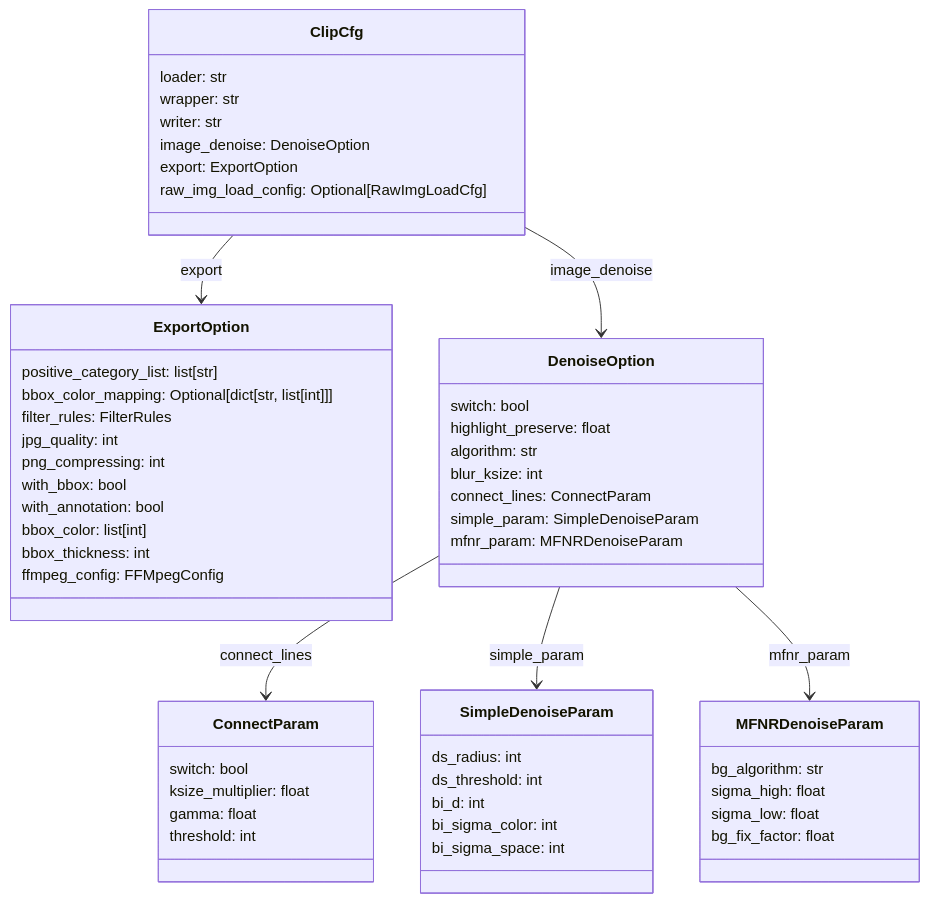
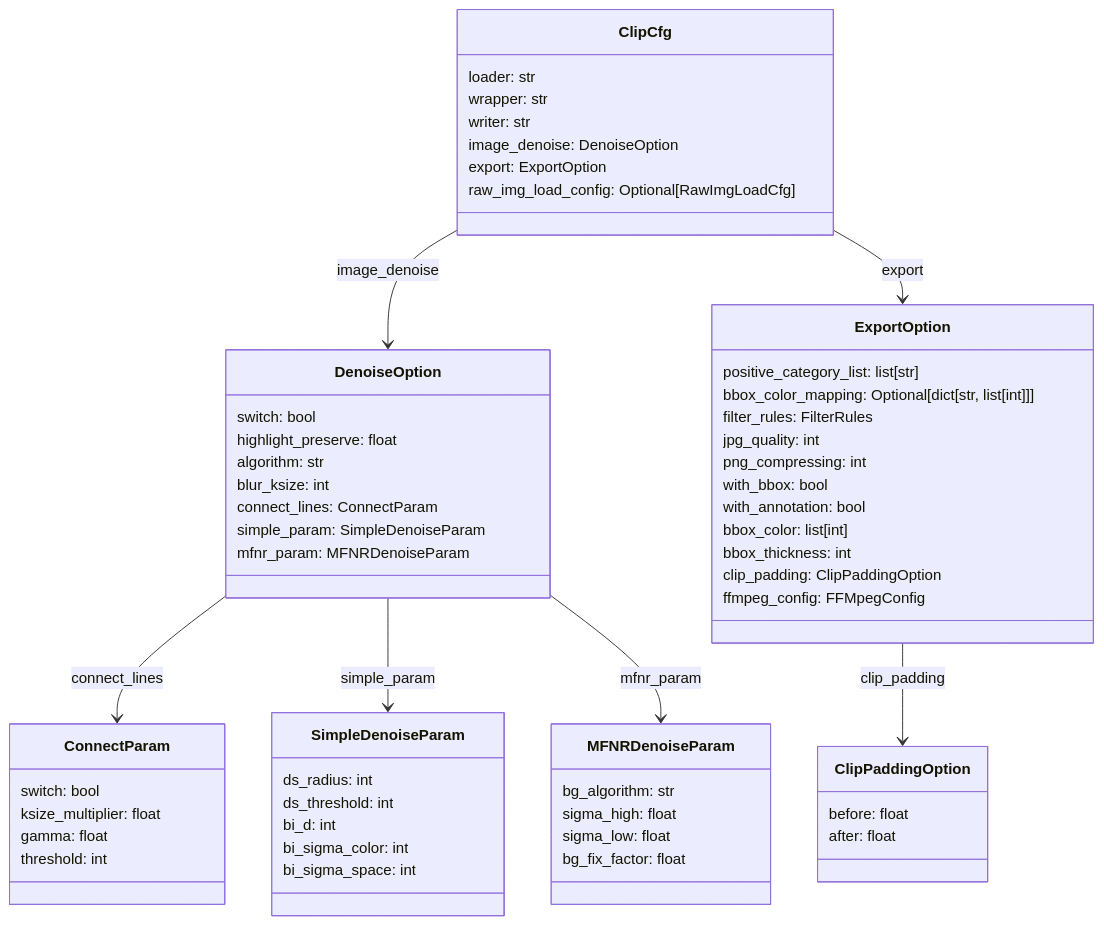
Before and after one commit to LilacMeteorObservatory/MetDetPy: the second of 2 diagrams in docs/config-doc-cn.md, drawn with Mermaid. The commit also changed other lines of this file and 6 other files, not shown here.

````diff
--- a/docs/config-doc-cn.md
+++ b/docs/config-doc-cn.md
@@ -459,63 +459,70 @@
 ```mermaid
 classDiagram
 
 class ExportOption {
     positive_category_list: list[str]
     bbox_color_mapping: Optional[dict[str, list[int]]]
     filter_rules: FilterRules
     jpg_quality: int
     png_compressing: int
     with_bbox: bool
     with_annotation: bool
     bbox_color: list[int]
     bbox_thickness: int
+    clip_padding: ClipPaddingOption
     ffmpeg_config: FFMpegConfig
+}
+
+class ClipPaddingOption {
+    before: float
+    after: float
 }
 
 class ConnectParam {
     switch: bool
     ksize_multiplier: float
     gamma: float
     threshold: int
 }
 
 class SimpleDenoiseParam {
     ds_radius: int
     ds_threshold: int
     bi_d: int
     bi_sigma_color: int
     bi_sigma_space: int
 }
 
 class MFNRDenoiseParam {
     bg_algorithm: str
     sigma_high: float
     sigma_low: float
     bg_fix_factor: float
 }
 
 class DenoiseOption {
     switch: bool
     highlight_preserve: float
     algorithm: str
     blur_ksize: int
     connect_lines: ConnectParam
     simple_param: SimpleDenoiseParam
     mfnr_param: MFNRDenoiseParam
 }
 
 class ClipCfg {
     loader: str
     wrapper: str
     writer: str
     image_denoise: DenoiseOption
     export: ExportOption
     raw_img_load_config: Optional[RawImgLoadCfg]
 }
 
 ClipCfg --> DenoiseOption : image_denoise
 ClipCfg --> ExportOption : export
 DenoiseOption --> ConnectParam : connect_lines
 DenoiseOption --> SimpleDenoiseParam : simple_param
 DenoiseOption --> MFNRDenoiseParam : mfnr_param
+ExportOption --> ClipPaddingOption : clip_padding
 ```
````
